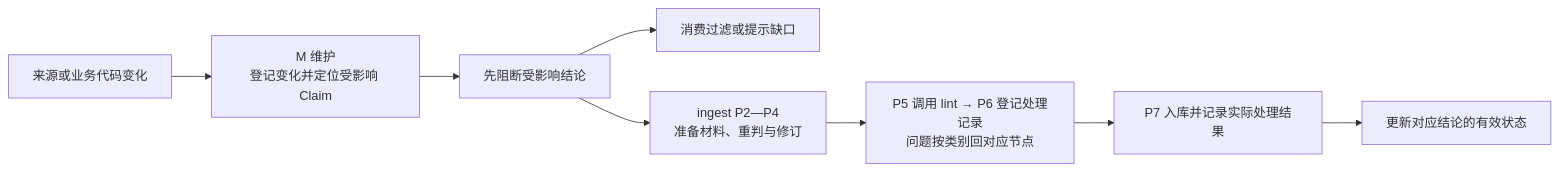
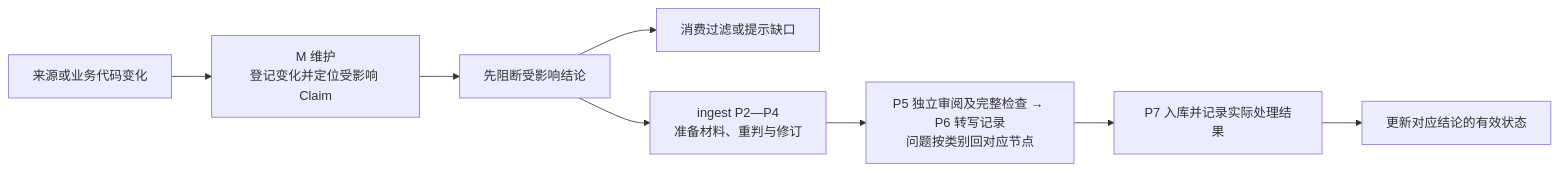
Before and after one commit to Robin-hhc/FactumCore: the tenth of 27 diagrams in himate-knowledge-wifi-mp/docs-llm-wiki/知识库详细设计.md, drawn with Mermaid. The commit also changed other lines of this file and 5 other files, not shown here.

````diff
--- a/himate-knowledge-wifi-mp/docs-llm-wiki/知识库详细设计.md
+++ b/himate-knowledge-wifi-mp/docs-llm-wiki/知识库详细设计.md
@@ -383,10 +383,10 @@
 ```mermaid
 flowchart LR
     CH["来源或业务代码变化"] --> M["M 维护<br/>登记变化并定位受影响 Claim"]
     M --> BLOCK["先阻断受影响结论"]
     BLOCK --> Q["消费过滤或提示缺口"]
     BLOCK --> P["ingest P2—P4<br/>准备材料、重判与修订"]
-    P --> CHECK["P5 调用 lint → P6 登记处理记录<br/>问题按类别回对应节点"]
+    P --> CHECK["P5 独立审阅及完整检查 → P6 转写记录<br/>问题按类别回对应节点"]
     CHECK --> APPLY["P7 入库并记录实际处理结果"]
     APPLY --> ADV["更新对应结论的有效状态"]
 ```
````
